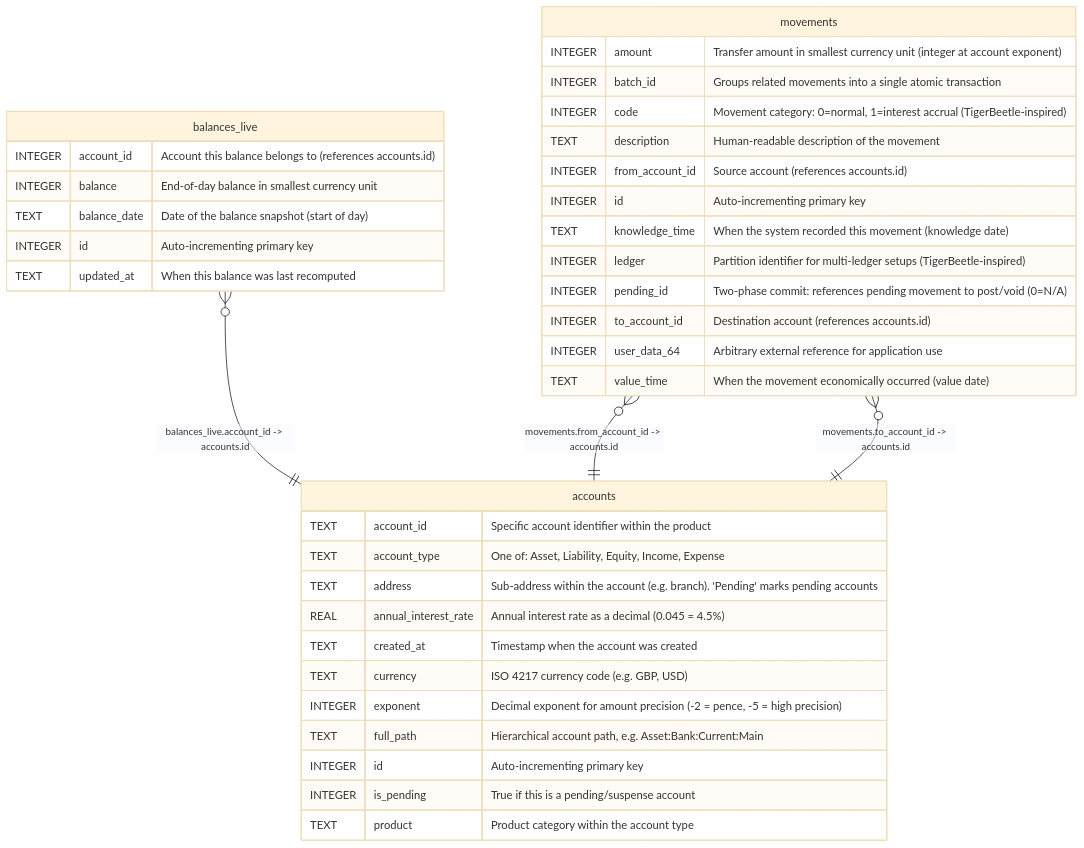
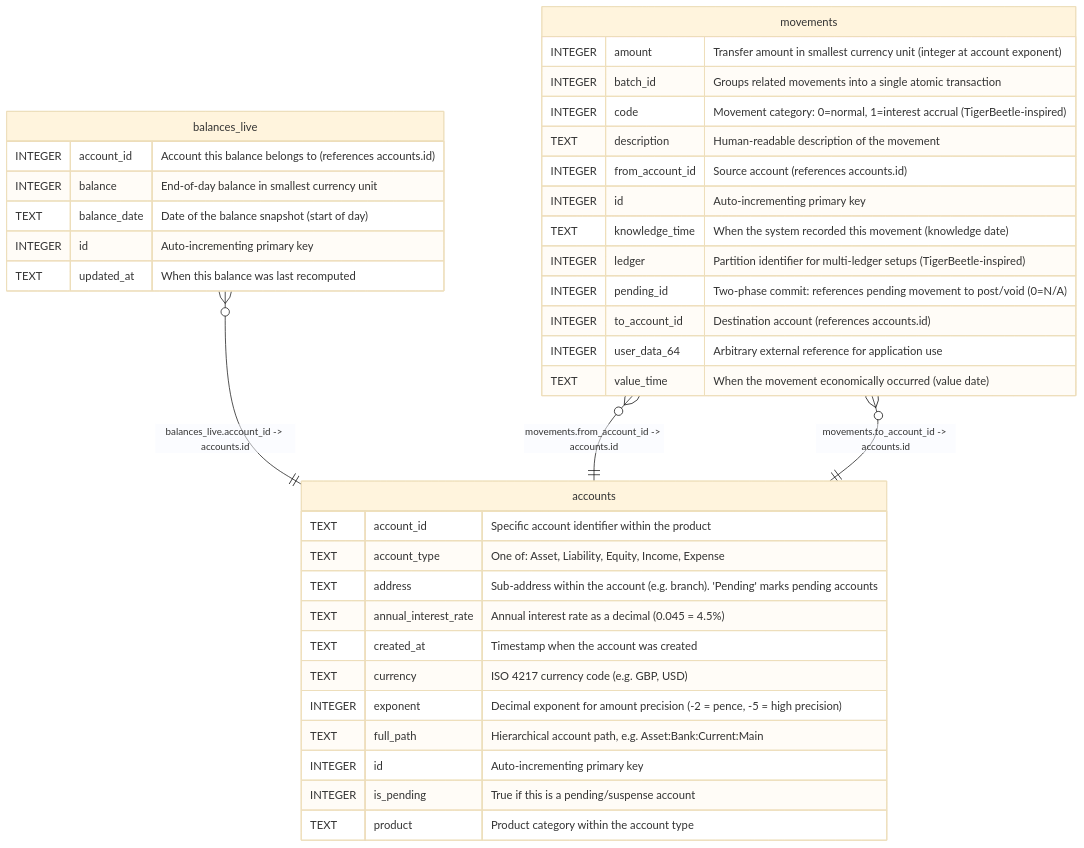
The diagram in docs/schema/README.md (drummonds/go-luca), drawn with Mermaid (base theme) before and after one commit. The commit also changed 8 other files, not shown here.

````diff
--- a/docs/schema/README.md
+++ b/docs/schema/README.md
@@ -17,42 +17,42 @@
 ```mermaid
 erDiagram
 
 "balances_live" }o--|| "accounts" : "balances_live.account_id -> accounts.id"
 "movements" }o--|| "accounts" : "movements.from_account_id -> accounts.id"
 "movements" }o--|| "accounts" : "movements.to_account_id -> accounts.id"
 
 "accounts" {
   TEXT account_id "Specific account identifier within the product"
   TEXT account_type "One of: Asset, Liability, Equity, Income, Expense"
   TEXT address "Sub-address within the account (e.g. branch). 'Pending' marks pending accounts"
-  REAL annual_interest_rate "Annual interest rate as a decimal (0.045 = 4.5%)"
+  TEXT annual_interest_rate "Annual interest rate as a decimal (0.045 = 4.5%)"
   TEXT created_at "Timestamp when the account was created"
   TEXT currency "ISO 4217 currency code (e.g. GBP, USD)"
   INTEGER exponent "Decimal exponent for amount precision (-2 = pence, -5 = high precision)"
   TEXT full_path "Hierarchical account path, e.g. Asset:Bank:Current:Main"
   INTEGER id "Auto-incrementing primary key"
   INTEGER is_pending "True if this is a pending/suspense account"
   TEXT product "Product category within the account type"
 }
 "balances_live" {
   INTEGER account_id "Account this balance belongs to (references accounts.id)"
   INTEGER balance "End-of-day balance in smallest currency unit"
   TEXT balance_date "Date of the balance snapshot (start of day)"
   INTEGER id "Auto-incrementing primary key"
   TEXT updated_at "When this balance was last recomputed"
 }
 "movements" {
   INTEGER amount "Transfer amount in smallest currency unit (integer at account exponent)"
   INTEGER batch_id "Groups related movements into a single atomic transaction"
   INTEGER code "Movement category: 0=normal, 1=interest accrual (TigerBeetle-inspired)"
   TEXT description "Human-readable description of the movement"
   INTEGER from_account_id "Source account (references accounts.id)"
   INTEGER id "Auto-incrementing primary key"
   TEXT knowledge_time "When the system recorded this movement (knowledge date)"
   INTEGER ledger "Partition identifier for multi-ledger setups (TigerBeetle-inspired)"
   INTEGER pending_id "Two-phase commit: references pending movement to post/void (0=N/A)"
   INTEGER to_account_id "Destination account (references accounts.id)"
   INTEGER user_data_64 "Arbitrary external reference for application use"
   TEXT value_time "When the movement economically occurred (value date)"
 }
 ```
````
